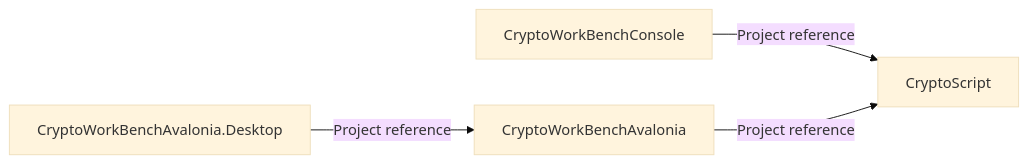
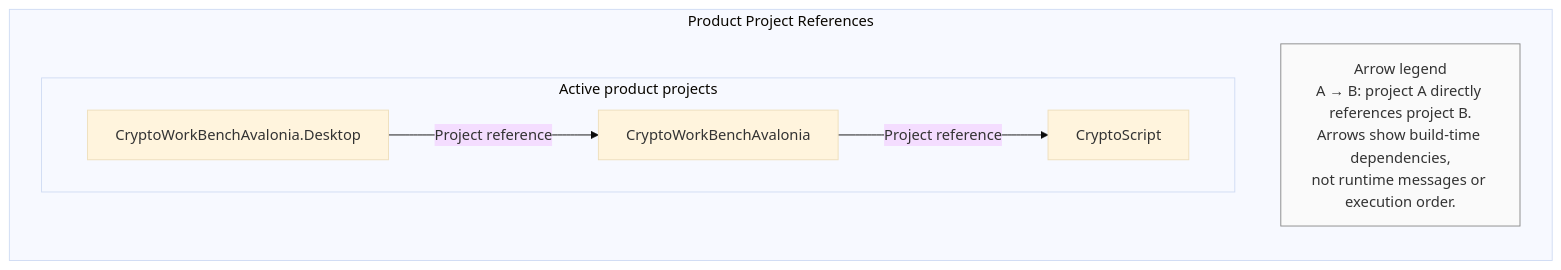
The diagram in docs/architecture/diagrams/01-project-references.mmd (tkbss/CryptoWorkBench), drawn with Mermaid (base theme) before and after one commit. The commit also changed 7 other files, not shown here.

Commit message:
docs: add system overview and architecture diagrams

```diff
--- a/docs/architecture/diagrams/01-project-references.mmd
+++ b/docs/architecture/diagrams/01-project-references.mmd
@@ -1,16 +1,25 @@
-%% Title: Production project reference overview
-%% Classification: Verified implementation fact [F]
+%% Title: Product project reference overview
+%% Classification: Verified implementation fact [F]; selection follows owner scope [O]
 %% Baseline: d3099c80af3891ad54444e544f528c9c5ed6b93f
 %% Evidence: ../evidence/01-introduction-baseline.md, E01 and D01
+%% Scope authority: ../evidence/02-system-overview-baseline.md, O05
+%% Scope: Three product projects and two direct references; not a complete repository inventory.
+%% Test projects, projects outside the product architecture and external packages are omitted.
 %% Legend: A solid arrow points from a referencing project to a referenced project.
-%% Scope: Four production projects; test projects and external packages are omitted.
 %% Edges describe build-time references, not runtime messages or execution order.
-flowchart LR
-    Console["CryptoWorkBenchConsole"]
-    Core["CryptoScript"]
-    Gui["CryptoWorkBenchAvalonia"]
-    Desktop["CryptoWorkBenchAvalonia.Desktop"]
+flowchart TB
+    subgraph Diagram["Product Project References"]
+        direction TB
+        subgraph Projects["Active product projects"]
+            direction LR
+            Core["CryptoScript"]
+            Gui["CryptoWorkBenchAvalonia"]
+            Desktop["CryptoWorkBenchAvalonia.Desktop"]
 
-    Console -->|Project reference| Core
-    Gui -->|Project reference| Core
-    Desktop -->|Project reference| Gui
+            Gui -->|Project reference| Core
+            Desktop -->|Project reference| Gui
+        end
+        Legend["Arrow legend<br/>A → B: project A directly references project B.<br/>Arrows show build-time dependencies,<br/>not runtime messages or execution order."]
+    end
+    classDef note fill:#fafafa,stroke:#888888,color:#333333
+    class Legend note
```
